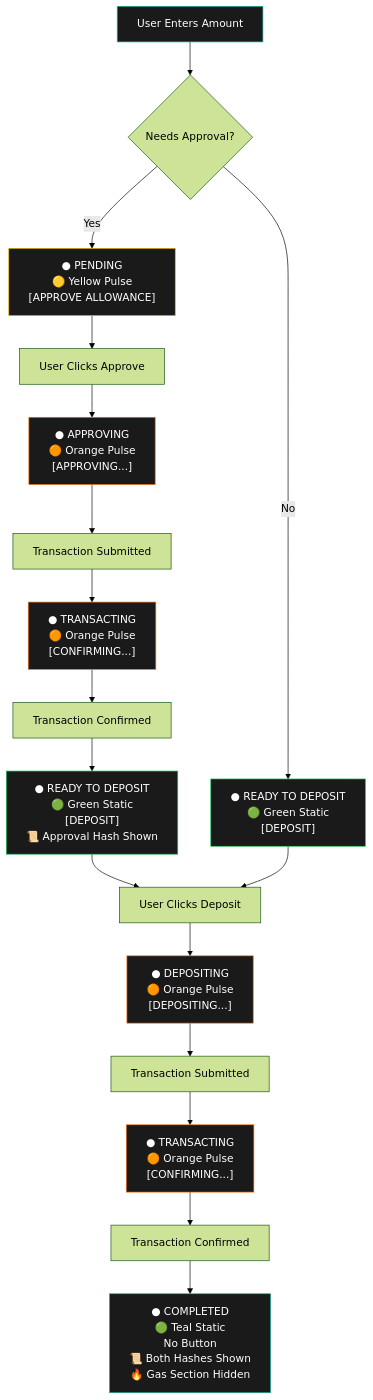
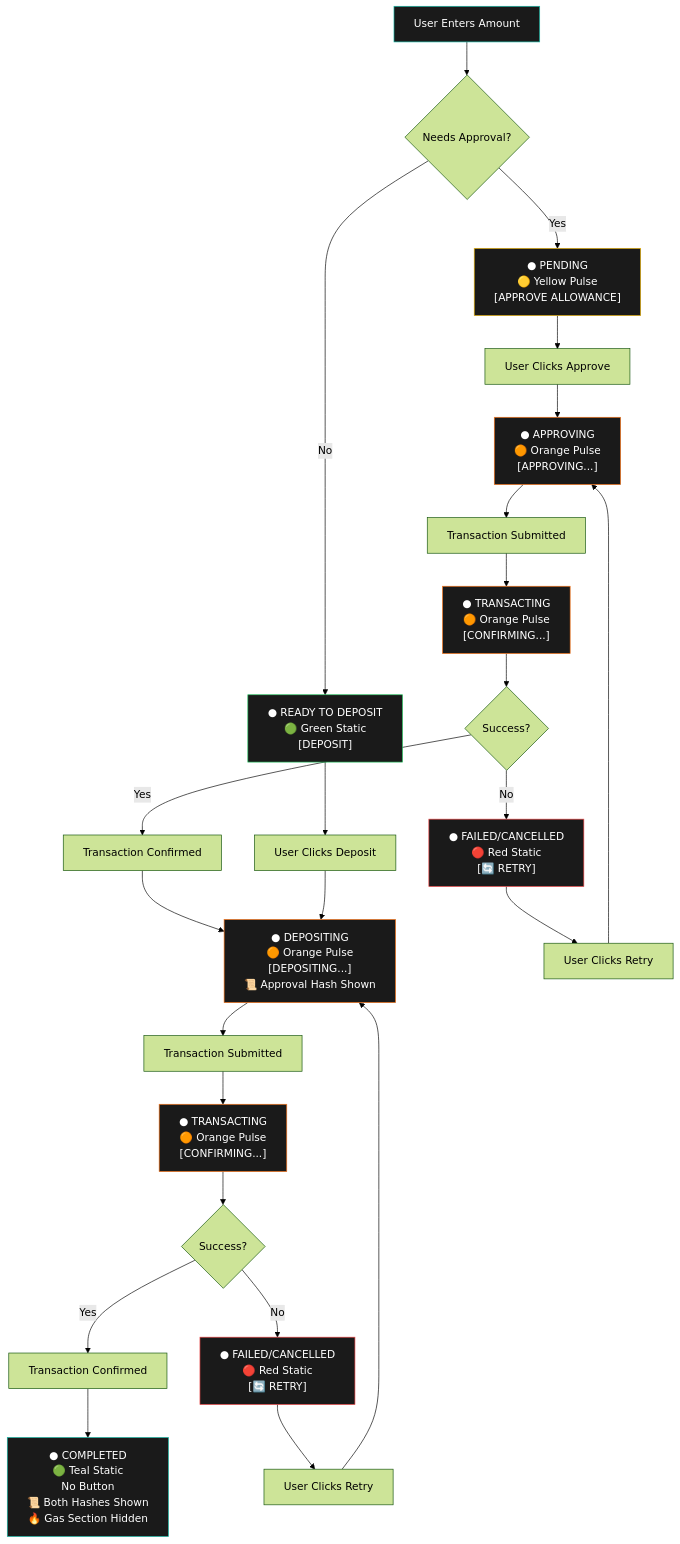
The diagram in web/docs/individual-chain-operations-flow.md (G9000/argenta-finance), drawn with Mermaid (forest theme) before and after one commit. The commit also changed other lines of this file and 13 other files, not shown here.

````diff
--- a/web/docs/individual-chain-operations-flow.md
+++ b/web/docs/individual-chain-operations-flow.md
@@ -7,37 +7,47 @@
 ```mermaid
 graph TD
     A[User Enters Amount] --> B{Needs Approval?}
 
     B -->|Yes| C["● PENDING<br/>🟡 Yellow Pulse<br/>[APPROVE ALLOWANCE]"]
     B -->|No| D["● READY TO DEPOSIT<br/>🟢 Green Static<br/>[DEPOSIT]"]
 
     C --> E[User Clicks Approve]
     E --> F["● APPROVING<br/>🟠 Orange Pulse<br/>[APPROVING...]"]
 
     F --> G[Transaction Submitted]
     G --> H["● TRANSACTING<br/>🟠 Orange Pulse<br/>[CONFIRMING...]"]
 
-    H --> I[Transaction Confirmed]
-    I --> J["● READY TO DEPOSIT<br/>🟢 Green Static<br/>[DEPOSIT]<br/>📜 Approval Hash Shown"]
+    H --> I{Success?}
+    I -->|Yes| J[Transaction Confirmed]
+    I -->|No| K["● FAILED/CANCELLED<br/>🔴 Red Static<br/>[🔄 RETRY]"]
 
-    J --> K[User Clicks Deposit]
-    D --> K
-
-    K --> L["● DEPOSITING<br/>🟠 Orange Pulse<br/>[DEPOSITING...]"]
+    J --> L["● DEPOSITING<br/>🟠 Orange Pulse<br/>[DEPOSITING...]<br/>📜 Approval Hash Shown"]
 
     L --> M[Transaction Submitted]
     M --> N["● TRANSACTING<br/>🟠 Orange Pulse<br/>[CONFIRMING...]"]
 
-    N --> O[Transaction Confirmed]
-    O --> P["● COMPLETED<br/>🟢 Teal Static<br/>No Button<br/>📜 Both Hashes Shown<br/>🔥 Gas Section Hidden"]
+    D --> O[User Clicks Deposit]
+    O --> L
+
+    N --> P{Success?}
+    P -->|Yes| Q[Transaction Confirmed]
+    P -->|No| R["● FAILED/CANCELLED<br/>🔴 Red Static<br/>[🔄 RETRY]"]
+
+    Q --> S["● COMPLETED<br/>🟢 Teal Static<br/>No Button<br/>📜 Both Hashes Shown<br/>🔥 Gas Section Hidden"]
+
+    K --> T[User Clicks Retry]
+    R --> U[User Clicks Retry]
+    T --> F
+    U --> L
 
     style A fill:#1a1a1a,stroke:#14b8a6,color:#ffffff
     style C fill:#1a1a1a,stroke:#eab308,color:#ffffff
     style D fill:#1a1a1a,stroke:#22c55e,color:#ffffff
     style F fill:#1a1a1a,stroke:#f97316,color:#ffffff
     style H fill:#1a1a1a,stroke:#f97316,color:#ffffff
-    style J fill:#1a1a1a,stroke:#22c55e,color:#ffffff
     style L fill:#1a1a1a,stroke:#f97316,color:#ffffff
     style N fill:#1a1a1a,stroke:#f97316,color:#ffffff
-    style P fill:#1a1a1a,stroke:#14b8a6,color:#ffffff
+    style S fill:#1a1a1a,stroke:#14b8a6,color:#ffffff
+    style K fill:#1a1a1a,stroke:#ef4444,color:#ffffff
+    style R fill:#1a1a1a,stroke:#ef4444,color:#ffffff
 ```
````
